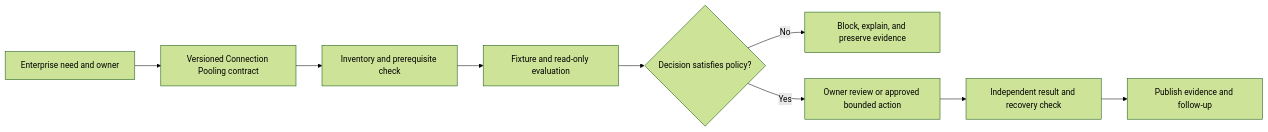
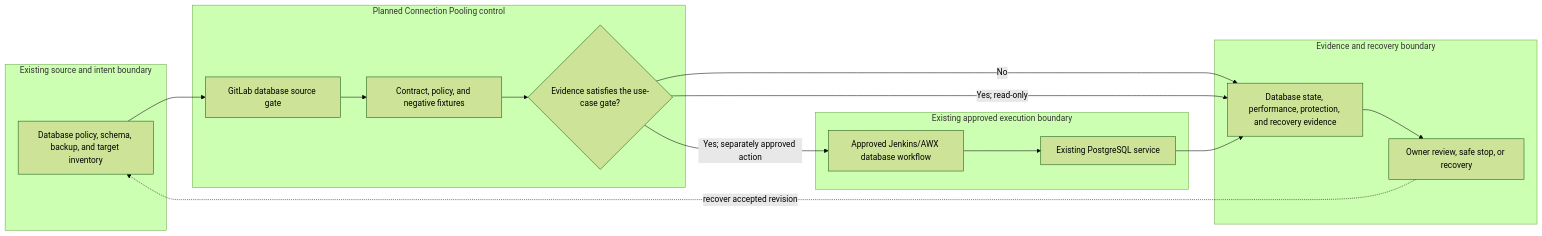
One commit to MIDHTECH/enterprise-architecture-docs changed the diagram in docs/use-cases/database/UC-DB-011-connection-pooling.md. Above: the diagram before and after it, drawn with Mermaid (forest theme). The commit also changed other lines of this file and 227 other files, not shown here.

Commit message:
Deepen architecture for all use case designs

````diff
--- a/docs/use-cases/database/UC-DB-011-connection-pooling.md
+++ b/docs/use-cases/database/UC-DB-011-connection-pooling.md
@@ -136,11 +129,25 @@
 ```mermaid
 flowchart LR
-    Need["Enterprise need and owner"] --> Contract["Versioned Connection Pooling contract"]
-    Contract --> Preflight["Inventory and prerequisite check"]
-    Preflight --> Evaluate["Fixture and read-only evaluation"]
-    Evaluate --> Decision{"Decision satisfies policy?"}
-    Decision -->|No| Stop["Block, explain, and preserve evidence"]
-    Decision -->|Yes| Review["Owner review or approved bounded action"]
-    Review --> Verify["Independent result and recovery check"]
-    Verify --> Publish["Publish evidence and follow-up"]
+    subgraph Source["Existing source and intent boundary"]
+        A["Database policy, schema, backup, and target inventory"]
+    end
+    subgraph Planned["Planned Connection Pooling control"]
+        B["GitLab database source gate"]
+        C["Contract, policy, and negative fixtures"]
+        D{"Evidence satisfies the use-case gate?"}
+    end
+    subgraph Runtime["Existing approved execution boundary"]
+        E["Approved Jenkins/AWX database workflow"]
+        F["Existing PostgreSQL service"]
+    end
+    subgraph Assurance["Evidence and recovery boundary"]
+        G["Database state, performance, protection, and recovery evidence"]
+        H["Owner review, safe stop, or recovery"]
+    end
+
+    A --> B --> C --> D
+    D -->|No| G --> H
+    D -->|Yes; read-only| G
+    D -->|Yes; separately approved action| E --> F --> G
+    H -. recover accepted revision .-> A
 ```
````
